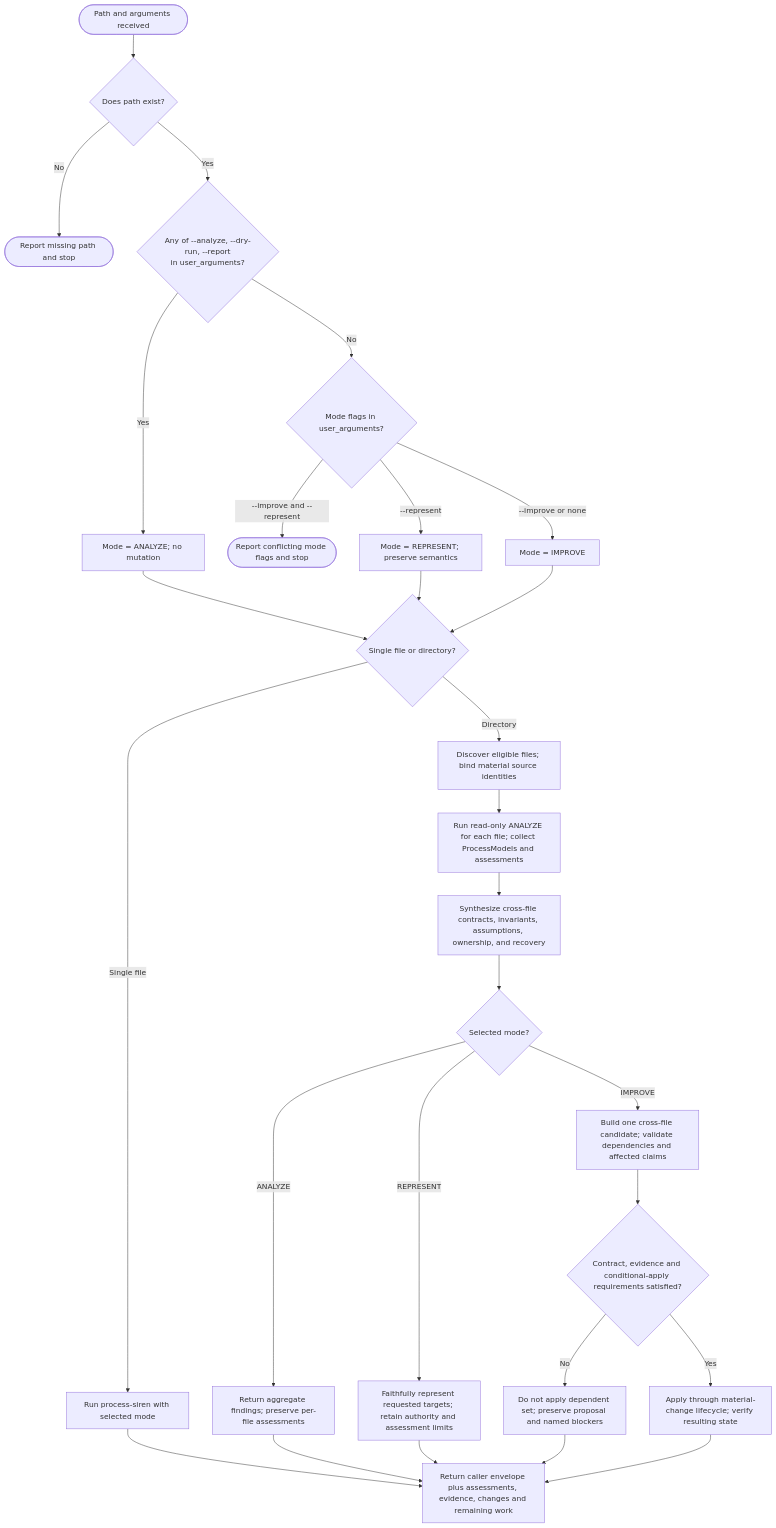
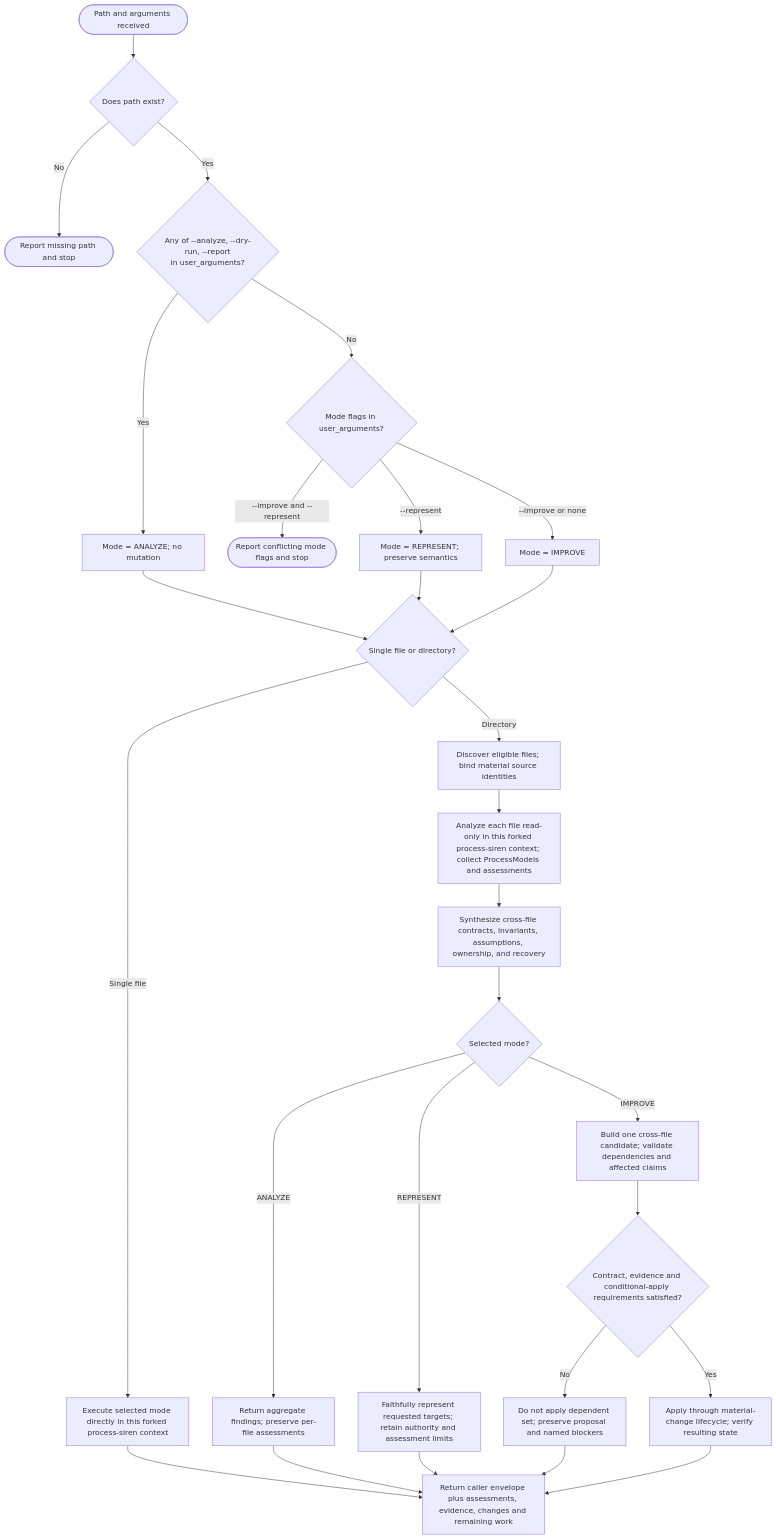
Before and after one commit to Jamie-BitFlight/claude_skills: the diagram in plugins/process-siren/skills/woo-sailor/SKILL.md, drawn with Mermaid. The commit also changed other lines of this file, not shown here.

Commit message:
fix(process-siren): execute woo-sailor routing in its forked agent

````diff
--- a/plugins/process-siren/skills/woo-sailor/SKILL.md
+++ b/plugins/process-siren/skills/woo-sailor/SKILL.md
@@ -19,30 +19,30 @@
 ```mermaid
 flowchart TD
     Start(["Path and arguments received"]) --> Exists{"Does path exist?"}
     Exists -->|"No"| Stop(["Report missing path and stop"])
     Exists -->|"Yes"| ReadOnly{"Any of --analyze, --dry-run, --report<br>in user_arguments?"}
     ReadOnly -->|"Yes"| Analyze["Mode = ANALYZE; no mutation"]
     ReadOnly -->|"No"| Mode{"Mode flags in user_arguments?"}
     Mode -->|"--improve and --represent"| Conflict(["Report conflicting mode flags and stop"])
     Mode -->|"--represent"| Represent["Mode = REPRESENT; preserve semantics"]
     Mode -->|"--improve or none"| Improve["Mode = IMPROVE"]
     Analyze --> Scope{"Single file or directory?"}
     Represent --> Scope
     Improve --> Scope
-    Scope -->|"Single file"| One["Run process-siren with selected mode"]
+    Scope -->|"Single file"| One["Execute selected mode directly in this forked process-siren context"]
     Scope -->|"Directory"| Discover["Discover eligible files; bind material source identities"]
-    Discover --> Models["Run read-only ANALYZE for each file; collect ProcessModels and assessments"]
+    Discover --> Models["Analyze each file read-only in this forked process-siren context; collect ProcessModels and assessments"]
     Models --> Synthesize["Synthesize cross-file contracts, invariants, assumptions, ownership, and recovery"]
     Synthesize --> Route{"Selected mode?"}
     Route -->|"ANALYZE"| Aggregate["Return aggregate findings; preserve per-file assessments"]
     Route -->|"REPRESENT"| Render["Faithfully represent requested targets; retain authority and assessment limits"]
     Route -->|"IMPROVE"| Plan["Build one cross-file candidate; validate dependencies and affected claims"]
     Plan --> Safe{"Contract, evidence and conditional-apply requirements satisfied?"}
     Safe -->|"No"| Block["Do not apply dependent set; preserve proposal and named blockers"]
     Safe -->|"Yes"| Apply["Apply through material-change lifecycle; verify resulting state"]
     One --> Result["Return caller envelope plus assessments, evidence, changes and remaining work"]
     Aggregate --> Result
     Render --> Result
     Block --> Result
     Apply --> Result
 ```
````
